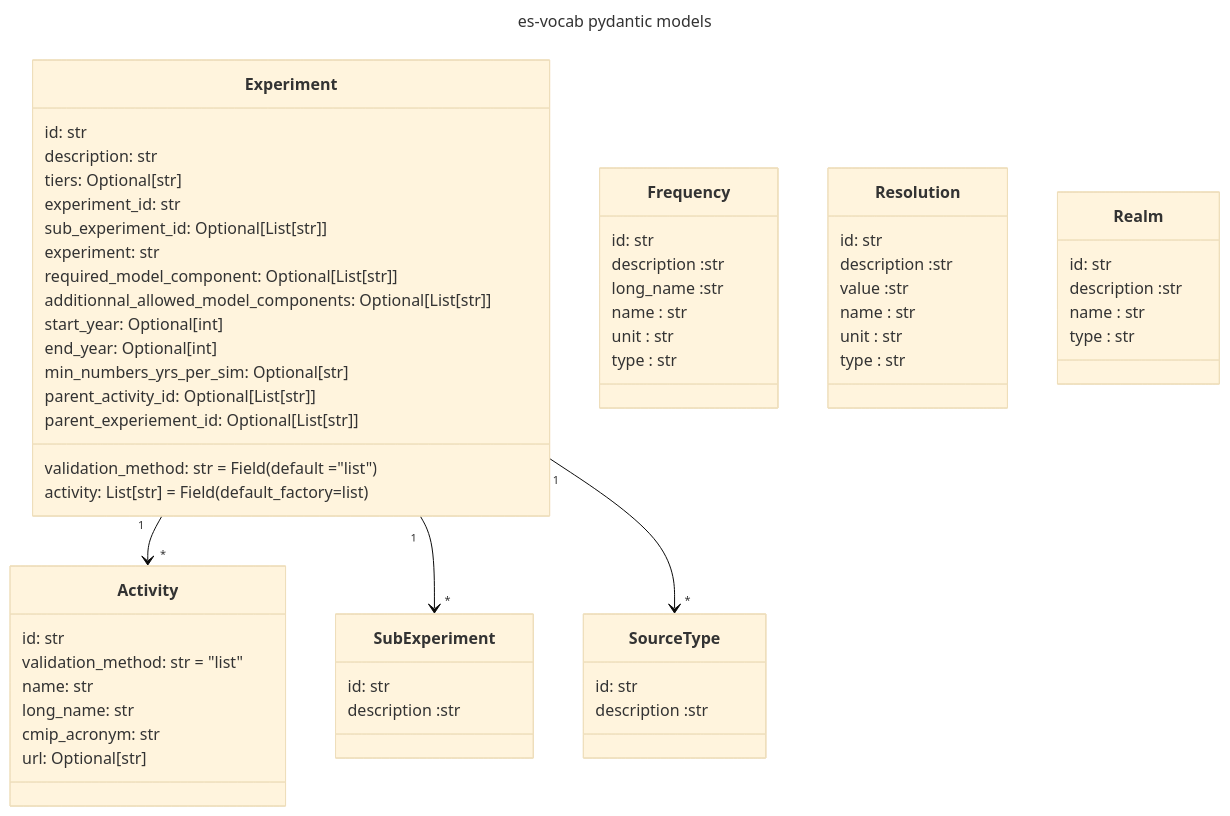
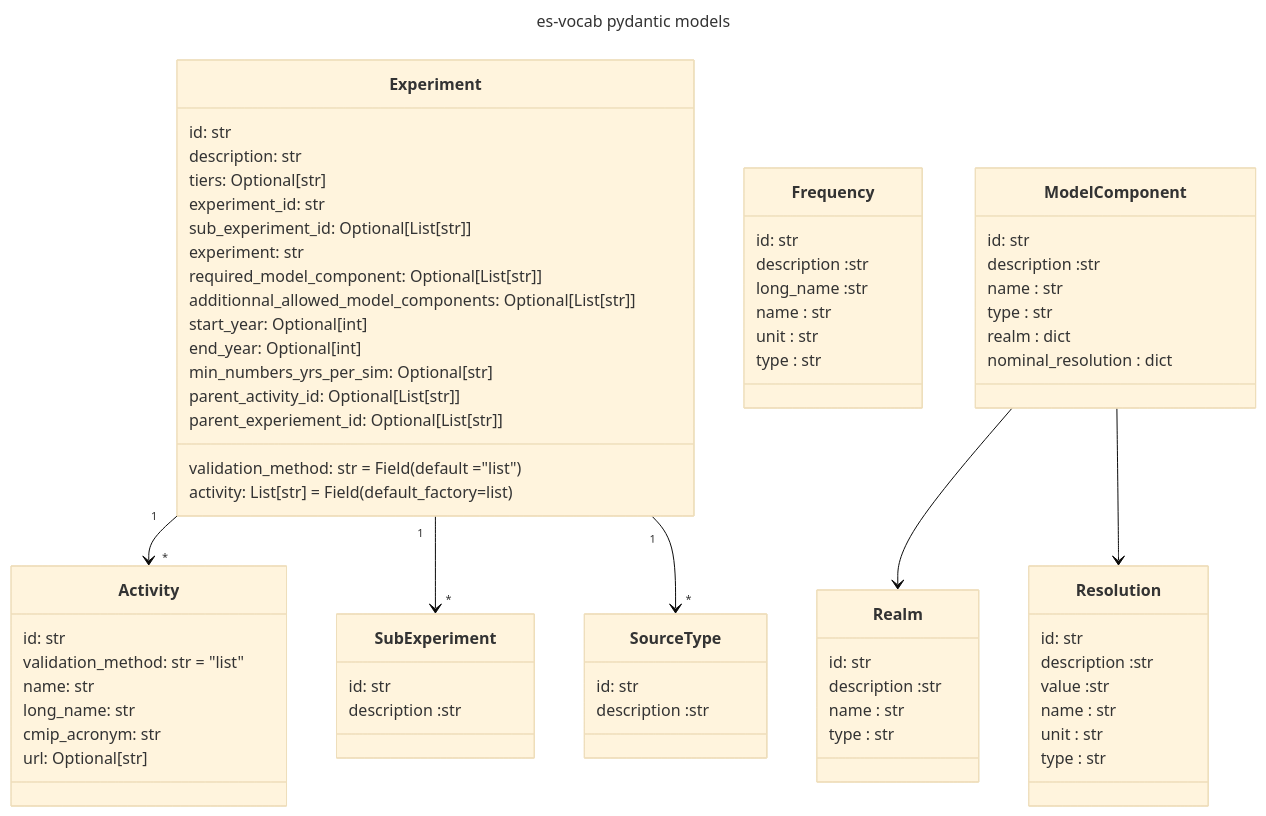
The first of 2 diagrams in TODO.md (PCMDI/mip-cmor-tables), drawn with Mermaid (base theme) before and after one commit. The commit also changed other lines of this file and 33 other files, not shown here.

Commit message:
create model_component script, pydantic model for model_component, model_component context + model_component pytest for term validation + TODO update

````diff
--- a/TODO.md
+++ b/TODO.md
@@ -163,4 +164,20 @@
     type : str 
 }
 
+
+class ModelComponent{
+
+
+
+    id: str 
+    description :str
+    name : str 
+    type : str
+    realm : dict
+    nominal_resolution : dict
+}
+
+ModelComponent --> Realm
+ModelComponent --> Resolution
+
 ```
````
